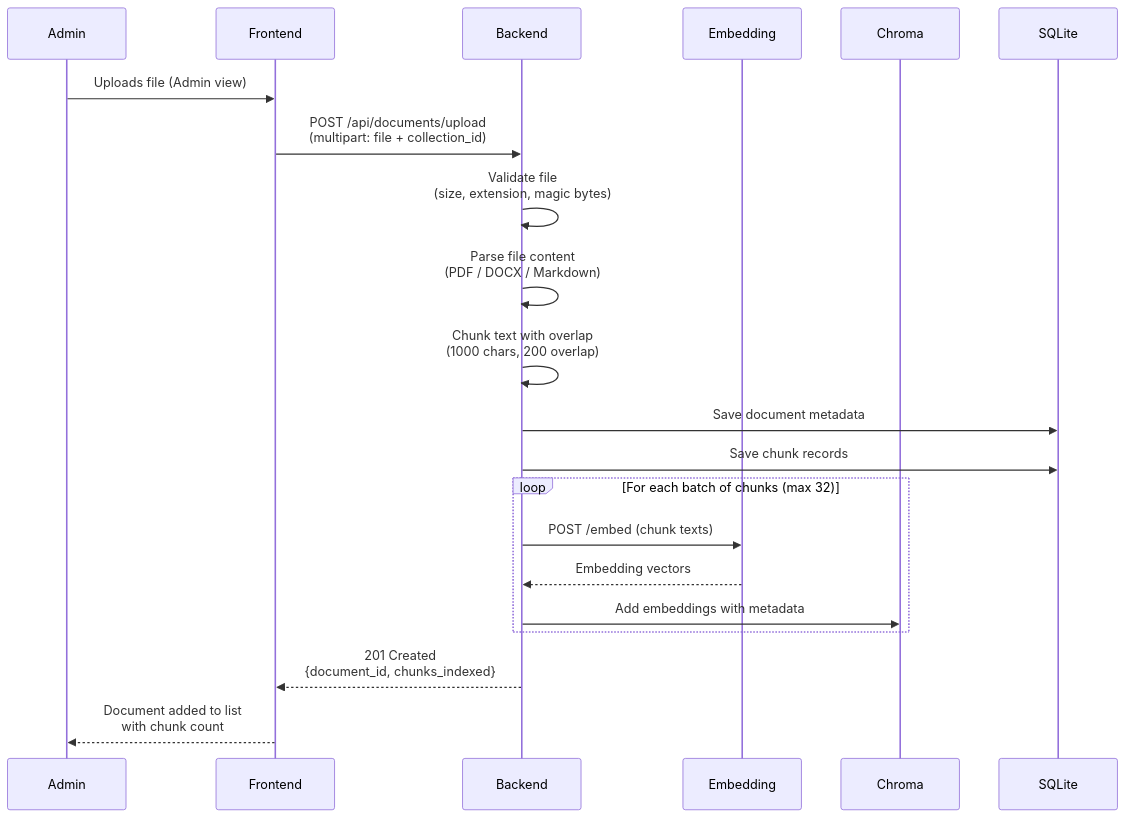
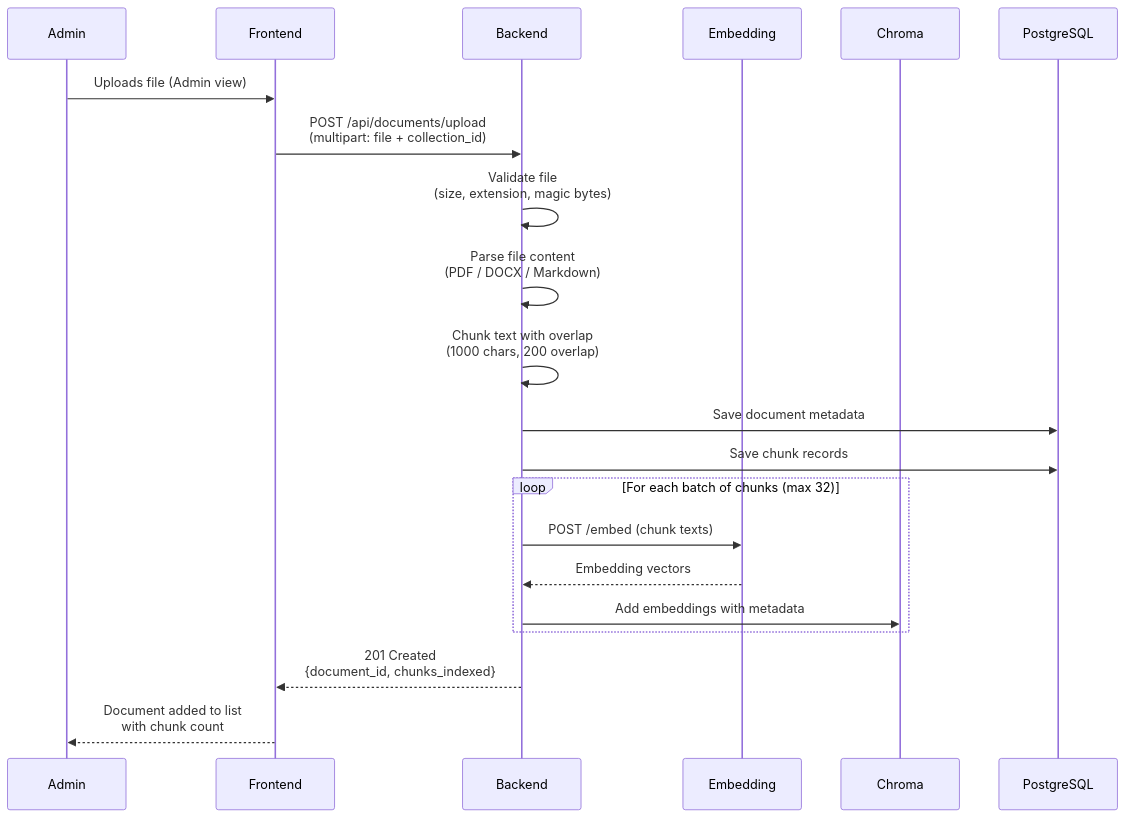
The second of 3 diagrams in docs/architecture.md (n-marusov/vedo-help), drawn with Mermaid before and after one commit. The commit also changed other lines of this file and 12 other files, not shown here.

First line of the commit message:
feat: update backup/restore scripts, CI, and documentation for PostgreSQL

````diff
--- a/docs/architecture.md
+++ b/docs/architecture.md
@@ -169,24 +168,24 @@
 ```mermaid
 sequenceDiagram
     participant U as Admin
     participant F as Frontend
     participant B as Backend
     participant E as Embedding
     participant C as Chroma
-    participant S as SQLite
+    participant P as PostgreSQL
 
     U->>F: Uploads file (Admin view)
     F->>B: POST /api/documents/upload<br/>(multipart: file + collection_id)
     B->>B: Validate file<br/>(size, extension, magic bytes)
     B->>B: Parse file content<br/>(PDF / DOCX / Markdown)
     B->>B: Chunk text with overlap<br/>(1000 chars, 200 overlap)
-    B->>S: Save document metadata
-    B->>S: Save chunk records
+    B->>P: Save document metadata
+    B->>P: Save chunk records
     loop For each batch of chunks (max 32)
         B->>E: POST /embed (chunk texts)
         E-->>B: Embedding vectors
         B->>C: Add embeddings with metadata
     end
     B-->>F: 201 Created<br/>{document_id, chunks_indexed}
     F-->>U: Document added to list<br/>with chunk count
 ```
````
